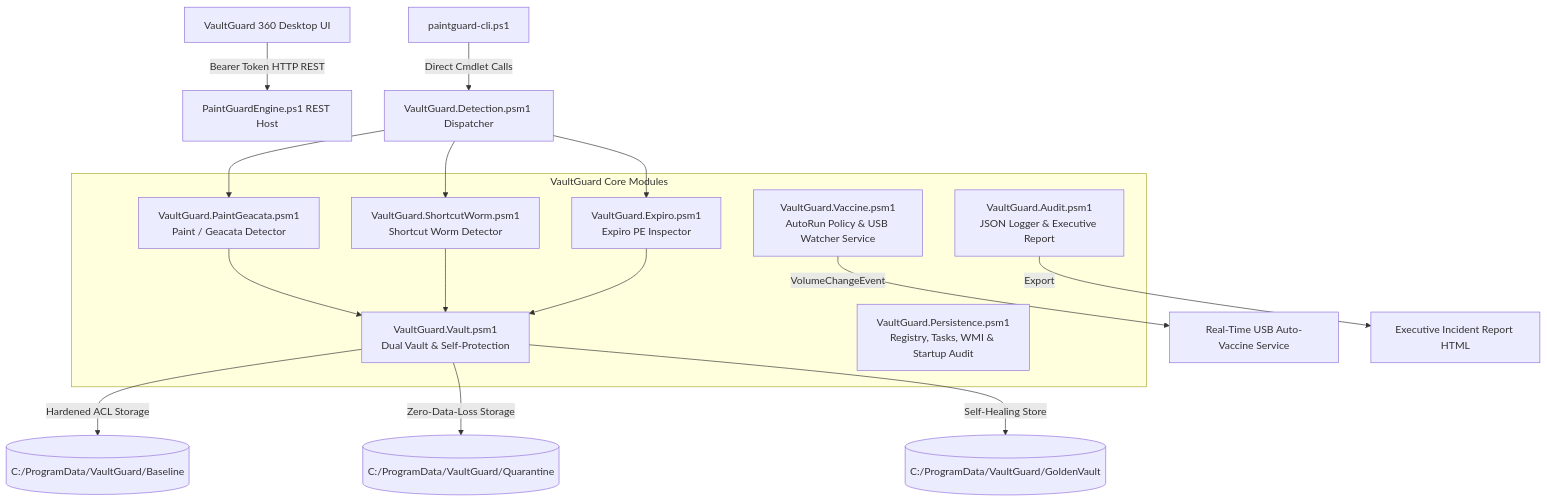
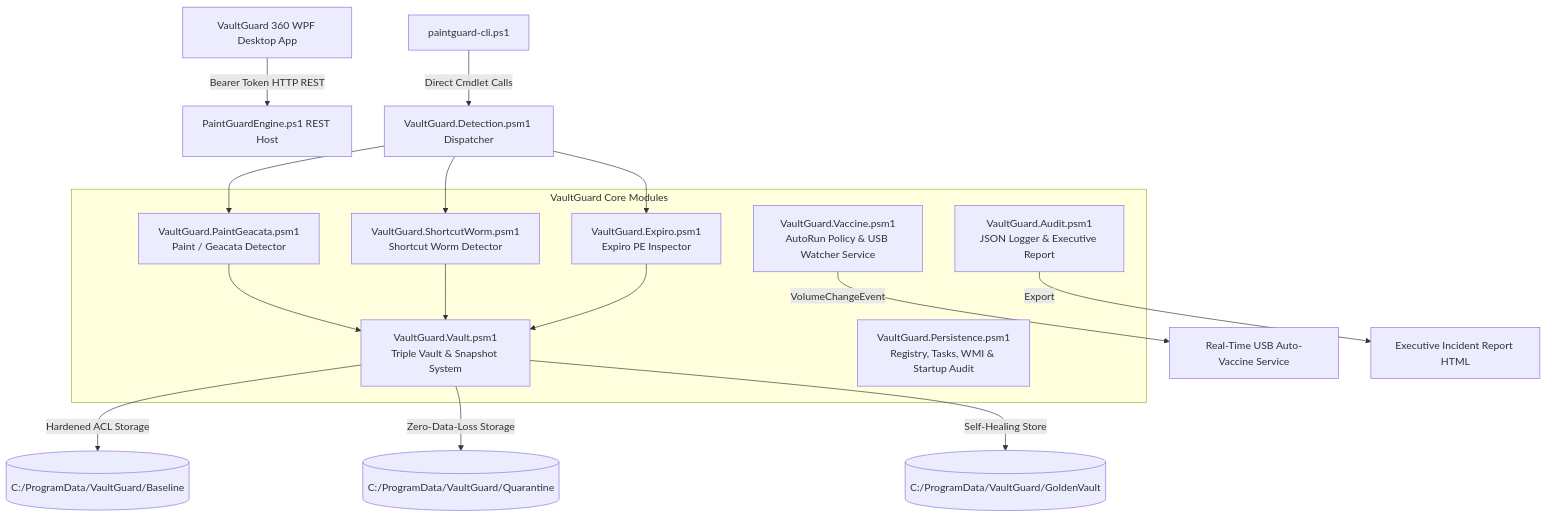
One commit to MAVIS-creator/PaintGuard changed the diagram in README.md. Above: the diagram before and after it, drawn with Mermaid. The commit also changed other lines of this file, not shown here.

Commit message:
docs: update README with new WPF application details, triple-vault architecture, and CI/CD pipeline documentation

````diff
--- a/README.md
+++ b/README.md
@@ -27,29 +46,29 @@
 ```mermaid
 graph TD
-    UI["VaultGuard 360 Desktop UI"] -->|Bearer Token HTTP REST| HOST["PaintGuardEngine.ps1 REST Host"]
+    UI["VaultGuard 360 WPF Desktop App"] -->|Bearer Token HTTP REST| HOST["PaintGuardEngine.ps1 REST Host"]
     CLI["paintguard-cli.ps1"] -->|Direct Cmdlet Calls| DISPATCHER["VaultGuard.Detection.psm1 Dispatcher"]
 
     subgraph ENGINE ["VaultGuard Core Modules"]
         DET_P["VaultGuard.PaintGeacata.psm1<br/>Paint / Geacata Detector"]
         DET_S["VaultGuard.ShortcutWorm.psm1<br/>Shortcut Worm Detector"]
         DET_E["VaultGuard.Expiro.psm1<br/>Expiro PE Inspector"]
-        VAULT["VaultGuard.Vault.psm1<br/>Dual Vault & Self-Protection"]
+        VAULT["VaultGuard.Vault.psm1<br/>Triple Vault & Snapshot System"]
         PER["VaultGuard.Persistence.psm1<br/>Registry, Tasks, WMI & Startup Audit"]
         VAC["VaultGuard.Vaccine.psm1<br/>AutoRun Policy & USB Watcher Service"]
         AUD["VaultGuard.Audit.psm1<br/>JSON Logger & Executive Report"]
     end
 
     DISPATCHER --> DET_P
     DISPATCHER --> DET_S
     DISPATCHER --> DET_E
 
     DET_P --> VAULT
     DET_S --> VAULT
     DET_E --> VAULT
 
     VAULT -->|Hardened ACL Storage| BASELINE[("C:/ProgramData/VaultGuard/Baseline")]
     VAULT -->|Zero-Data-Loss Storage| QUARANTINE[("C:/ProgramData/VaultGuard/Quarantine")]
     VAULT -->|Self-Healing Store| GOLDEN[("C:/ProgramData/VaultGuard/GoldenVault")]
     VAC -->|VolumeChangeEvent| USB["Real-Time USB Auto-Vaccine Service"]
     AUD -->|Export| RPT["Executive Incident Report HTML"]
 ```
````
